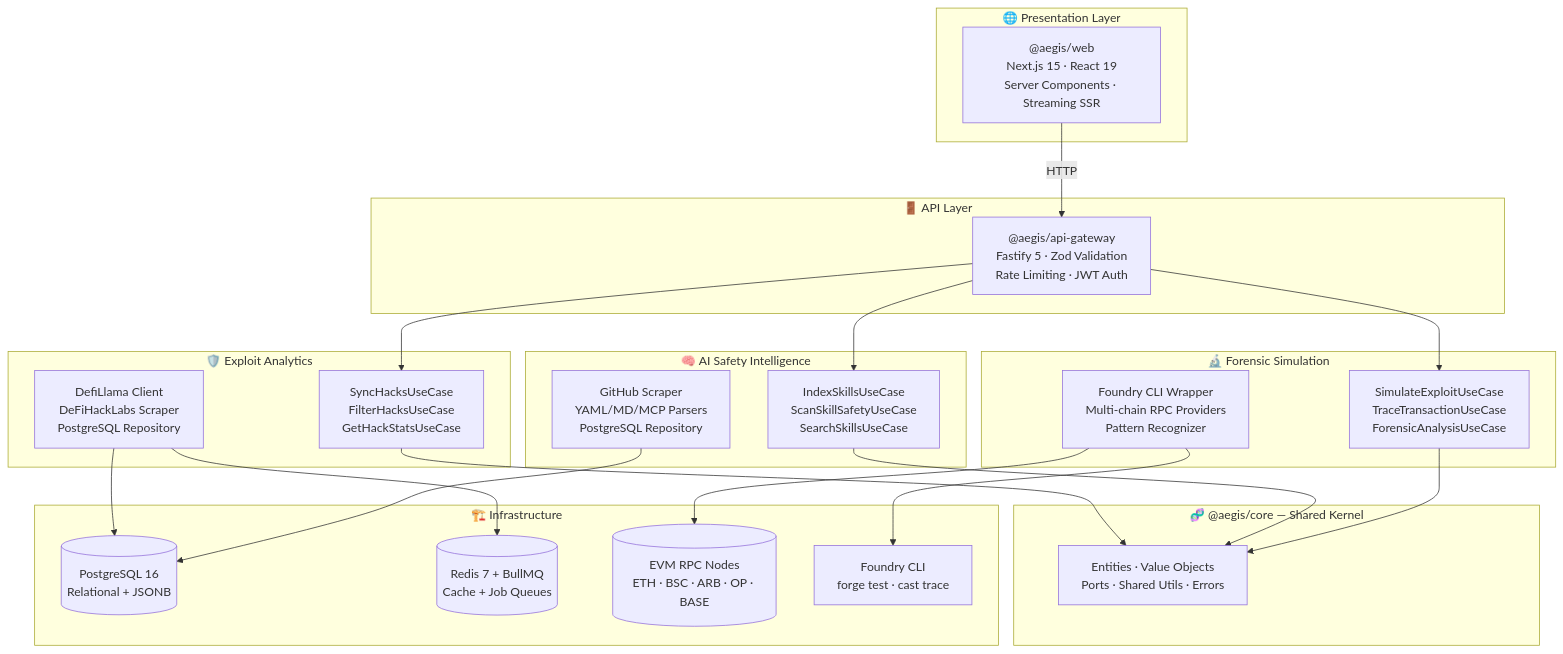
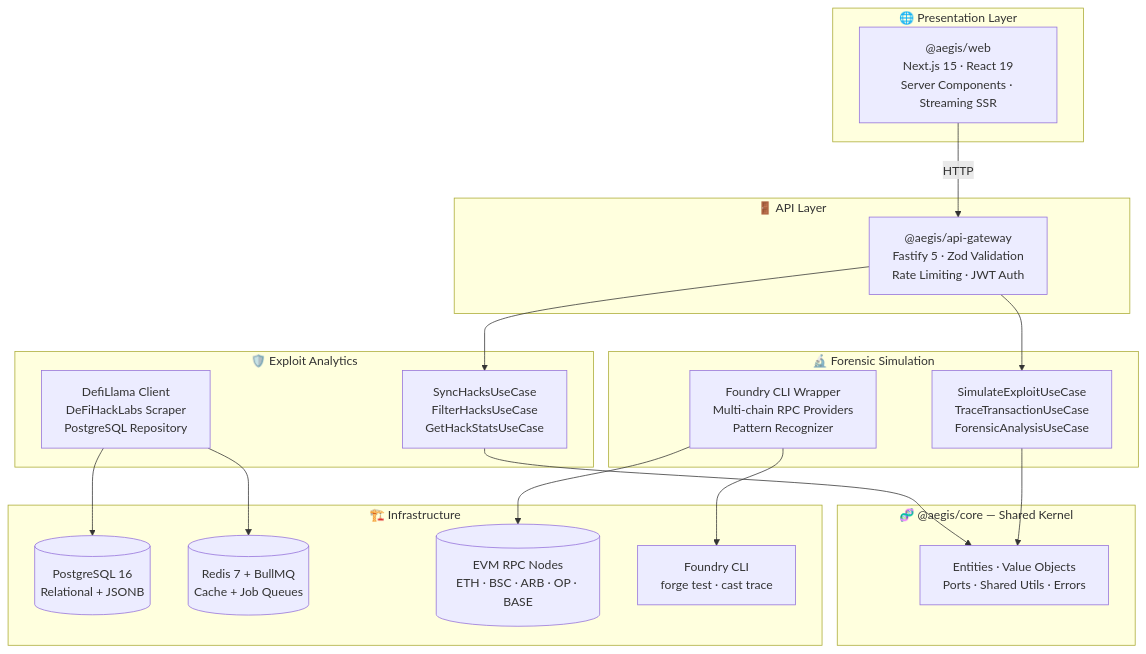
Before and after one commit to Artificial-Ledger-Technology/ALT-Flex: the diagram in README.md, drawn with Mermaid. The commit also changed other lines of this file, not shown here.

````diff
--- a/README.md
+++ b/README.md
@@ -274,43 +230,37 @@
 ```mermaid
 graph TB
     subgraph "🌐 Presentation Layer"
         WEB["@aegis/web<br/>Next.js 15 · React 19<br/>Server Components · Streaming SSR"]
     end
 
     subgraph "🚪 API Layer"
         GW["@aegis/api-gateway<br/>Fastify 5 · Zod Validation<br/>Rate Limiting · JWT Auth"]
     end
 
     subgraph "🛡️ Exploit Analytics"
         HA_APP["SyncHacksUseCase<br/>FilterHacksUseCase<br/>GetHackStatsUseCase"]
         HA_ADP["DefiLlama Client<br/>DeFiHackLabs Scraper<br/>PostgreSQL Repository"]
-    end
-
-    subgraph "🧠 AI Safety Intelligence"
-        SI_APP["IndexSkillsUseCase<br/>ScanSkillSafetyUseCase<br/>SearchSkillsUseCase"]
-        SI_ADP["GitHub Scraper<br/>YAML/MD/MCP Parsers<br/>PostgreSQL Repository"]
     end
 
     subgraph "🔬 Forensic Simulation"
         FS_APP["SimulateExploitUseCase<br/>TraceTransactionUseCase<br/>ForensicAnalysisUseCase"]
         FS_ADP["Foundry CLI Wrapper<br/>Multi-chain RPC Providers<br/>Pattern Recognizer"]
     end
 
     subgraph "🧬 @aegis/core — Shared Kernel"
         CORE["Entities · Value Objects<br/>Ports · Shared Utils · Errors"]
     end
 
     subgraph "🏗️ Infrastructure"
         PG[("PostgreSQL 16<br/>Relational + JSONB")]
         RD[("Redis 7 + BullMQ<br/>Cache + Job Queues")]
         CHAIN[("EVM RPC Nodes<br/>ETH · BSC · ARB · OP · BASE")]
         FOUNDRY["Foundry CLI<br/>forge test · cast trace"]
     end
 
     WEB -->|HTTP| GW
-    GW --> HA_APP & SI_APP & FS_APP
-    HA_APP & SI_APP & FS_APP --> CORE
+    GW --> HA_APP & FS_APP
+    HA_APP & FS_APP --> CORE
     HA_ADP --> PG & RD
-    SI_ADP --> PG
     FS_ADP --> CHAIN & FOUNDRY
 ```
````
